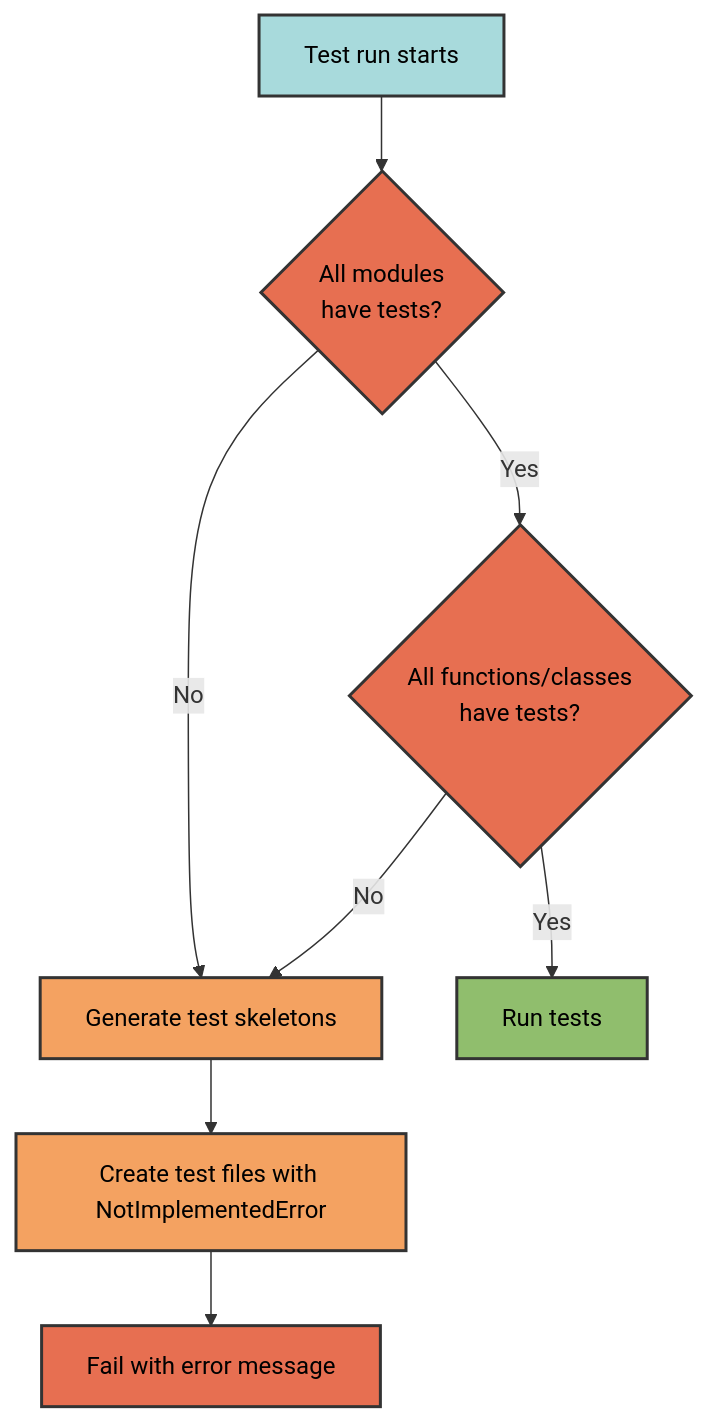
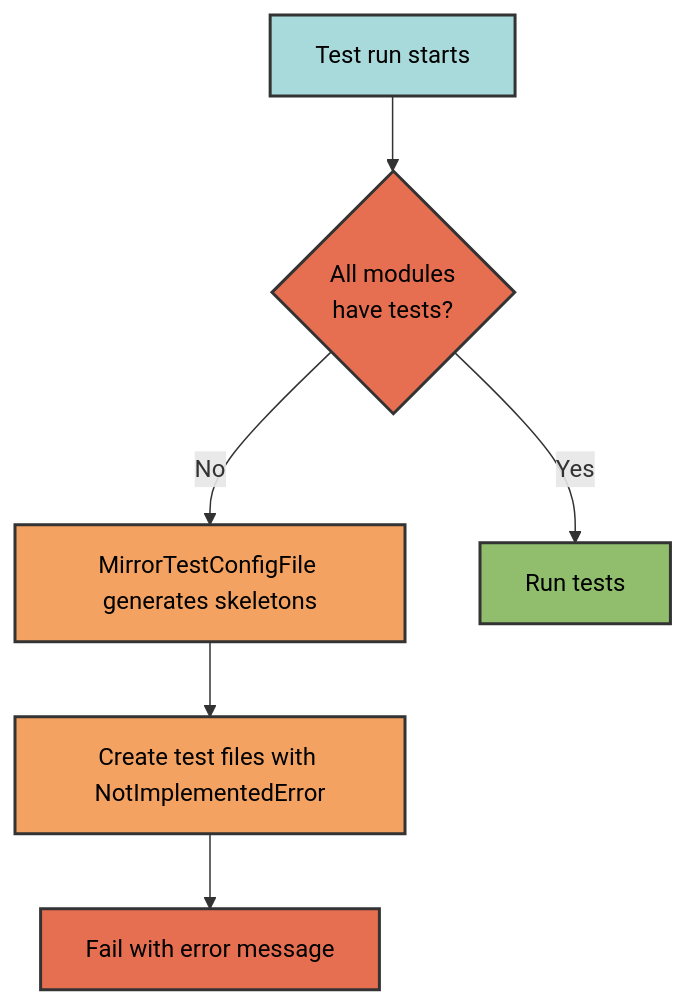
Before and after one commit to Winipedia/pyrig: the second of 2 diagrams in docs/tests/structure.md, drawn with Mermaid. The commit also changed other lines of this file and 14 other files, not shown here.

````diff
--- a/docs/tests/structure.md
+++ b/docs/tests/structure.md
@@ -89,18 +90,15 @@
 ```mermaid
 graph TD
     A[Test run starts] --> B{All modules<br/>have tests?}
-    B -->|No| C[Generate test skeletons]
+    B -->|No| C[MirrorTestConfigFile generates skeletons]
     C --> D[Create test files with NotImplementedError]
     D --> E[Fail with error message]
-    B -->|Yes| F{All functions/classes<br/>have tests?}
-    F -->|No| C
-    F -->|Yes| G[Run tests]
+    B -->|Yes| G[Run tests]
 
     style A fill:#a8dadc,stroke:#333,stroke-width:2px,color:#000
     style B fill:#e76f51,stroke:#333,stroke-width:2px,color:#000
     style C fill:#f4a261,stroke:#333,stroke-width:2px,color:#000
     style D fill:#f4a261,stroke:#333,stroke-width:2px,color:#000
     style E fill:#e76f51,stroke:#333,stroke-width:2px,color:#000
-    style F fill:#e76f51,stroke:#333,stroke-width:2px,color:#000
     style G fill:#90be6d,stroke:#333,stroke-width:2px,color:#000
 ```
````
